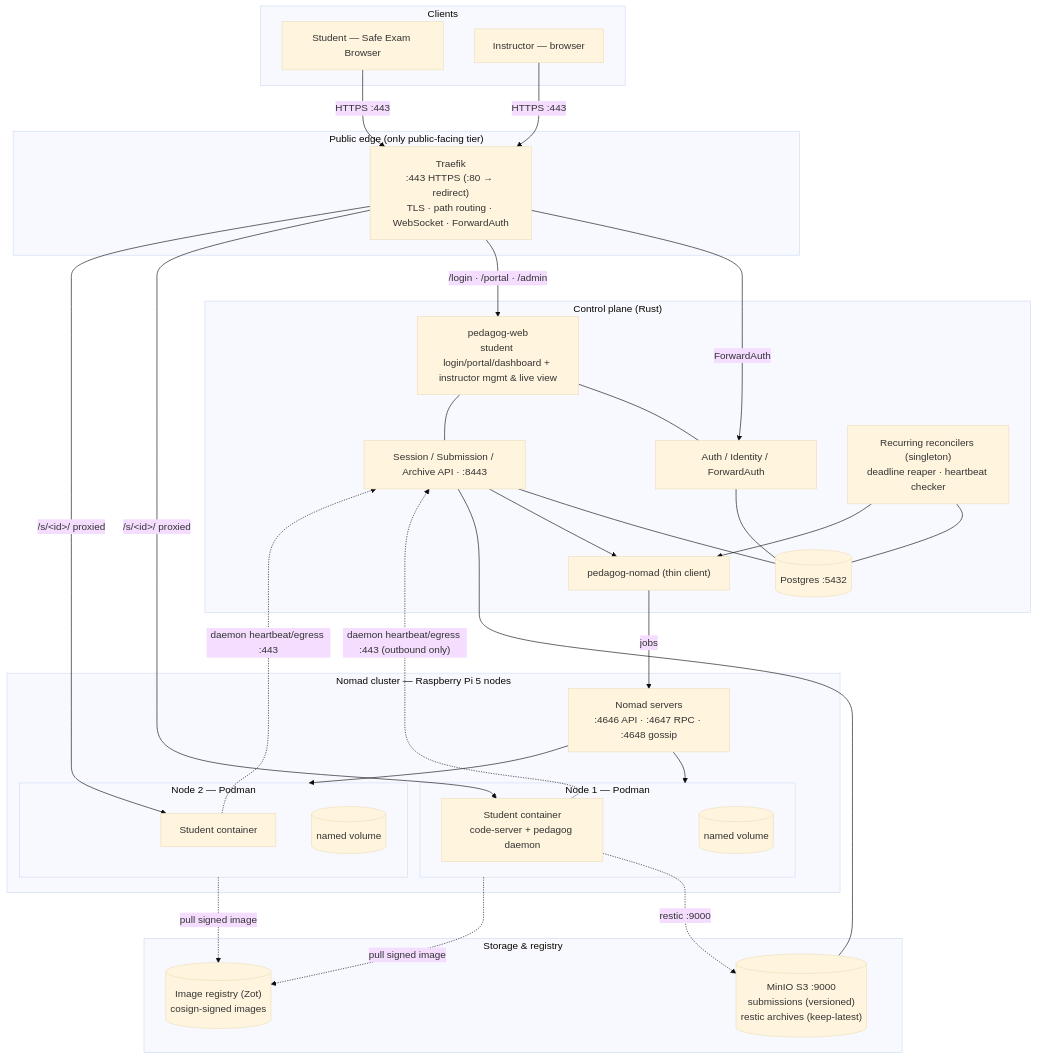
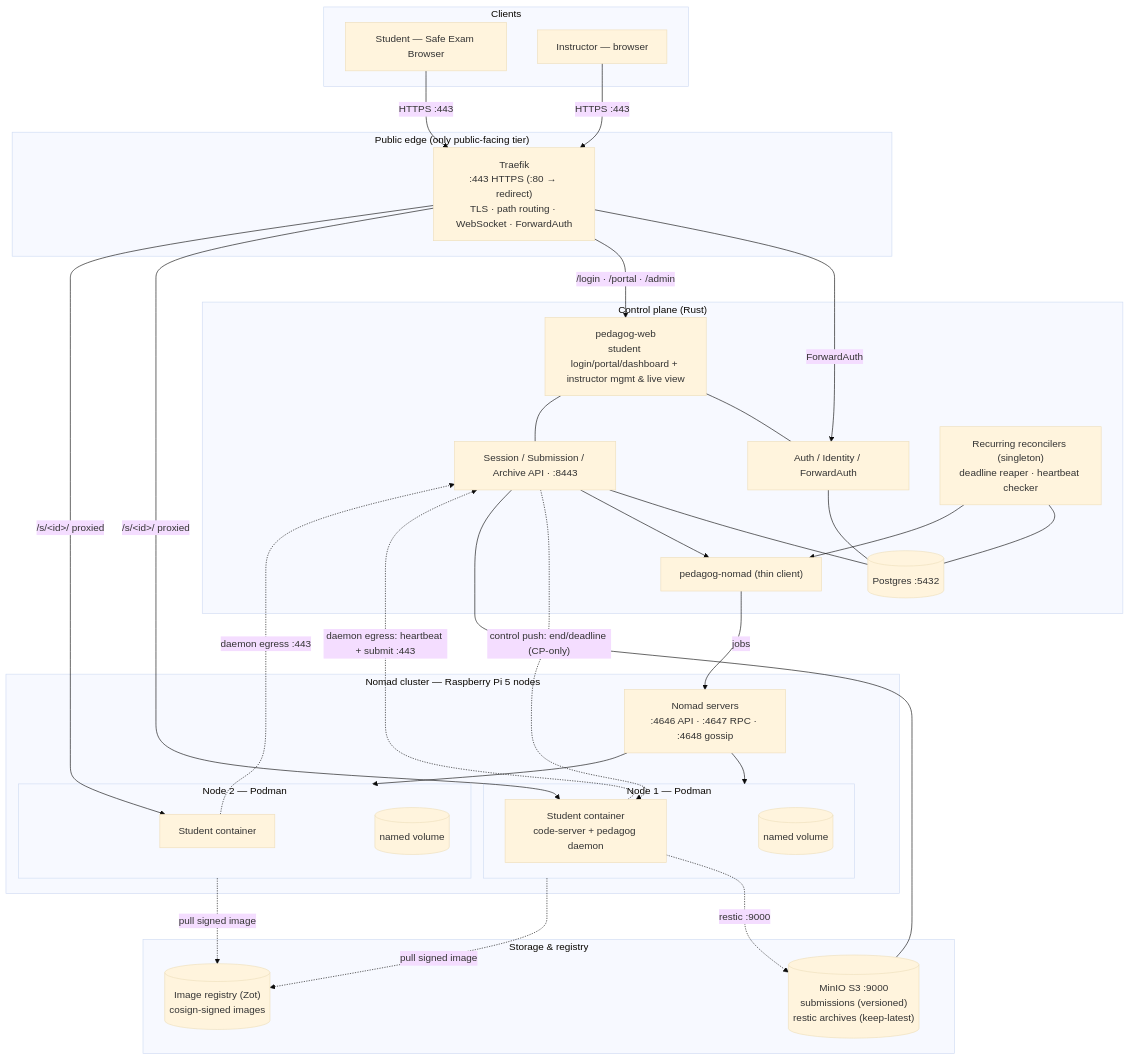
One commit to pedagog-org/pedagog changed the first of 9 diagrams in docs/02-design-exam-system.md. Above: the diagram before and after it, drawn with Mermaid (base theme). The commit also changed other lines of this file and 2 other files, not shown here.

First line of the commit message:
docs: base-image/daemon design (03) + reconcile 02; design-only workflow

````diff
--- a/docs/02-design-exam-system.md
+++ b/docs/02-design-exam-system.md
@@ -55,60 +55,61 @@
 ```mermaid
 flowchart TB
   subgraph clients["Clients"]
     SEB["Student — Safe Exam Browser"]
     INST["Instructor — browser"]
   end
 
   subgraph edge["Public edge (only public-facing tier)"]
     TR["Traefik<br/>:443 HTTPS (:80 → redirect)<br/>TLS · path routing · WebSocket · ForwardAuth"]
   end
 
   subgraph cp["Control plane (Rust)"]
     WEB["pedagog-web<br/>student login/portal/dashboard + instructor mgmt & live view"]
     AUTH["Auth / Identity / ForwardAuth"]
     API["Session / Submission / Archive API · :8443"]
     JOBS["Recurring reconcilers (singleton)<br/>deadline reaper · heartbeat checker"]
     NMC["pedagog-nomad (thin client)"]
     DB[("Postgres :5432")]
   end
 
   subgraph cluster["Nomad cluster — Raspberry Pi 5 nodes"]
     NS["Nomad servers<br/>:4646 API · :4647 RPC · :4648 gossip"]
     subgraph node1["Node 1 — Podman"]
       C1["Student container<br/>code-server + pedagog daemon"]
       V1[("named volume")]
     end
     subgraph node2["Node 2 — Podman"]
       C2["Student container"]
       V2[("named volume")]
     end
   end
 
   subgraph store["Storage & registry"]
     MINIO[("MinIO S3 :9000<br/>submissions (versioned)<br/>restic archives (keep-latest)")]
     REG[("Image registry (Zot)<br/>cosign-signed images")]
   end
 
   SEB -->|"HTTPS :443"| TR
   INST -->|"HTTPS :443"| TR
   TR -->|"ForwardAuth"| AUTH
   TR -->|"/login · /portal · /admin"| WEB
   TR -->|"/s/&lt;id&gt;/ proxied"| C1
   TR -->|"/s/&lt;id&gt;/ proxied"| C2
   WEB --- AUTH
   WEB --- API
   AUTH --- DB
   API --- DB
   JOBS --- DB
   API --> NMC
   JOBS --> NMC
   NMC -->|"jobs"| NS
   NS --> node1
   NS --> node2
   node1 -. "pull signed image" .-> REG
   node2 -. "pull signed image" .-> REG
-  C1 -. "daemon heartbeat/egress :443 (outbound only)" .-> API
-  C2 -. "daemon heartbeat/egress :443" .-> API
+  C1 -. "daemon egress: heartbeat + submit :443" .-> API
+  C2 -. "daemon egress :443" .-> API
+  API -. "control push: end/deadline (CP-only)" .-> C1
   C1 -. "restic :9000" .-> MINIO
   API --- MINIO
 ```
````
